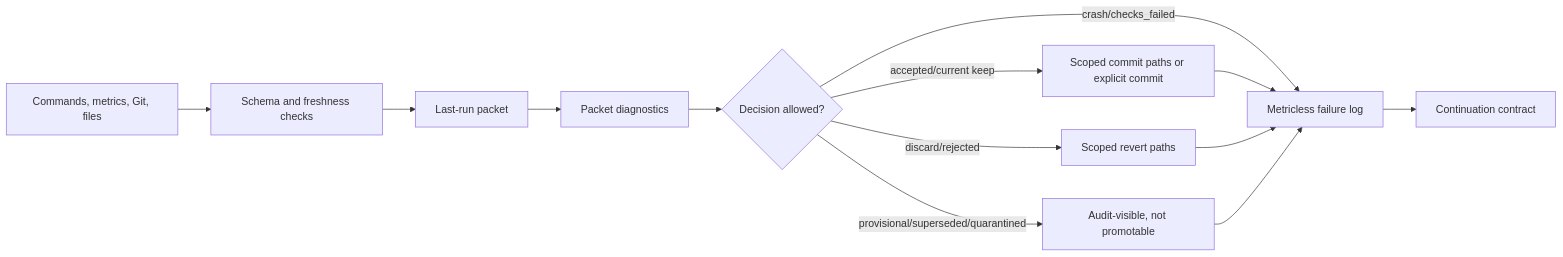
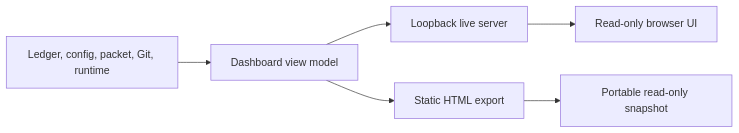
Before and after one commit to TheGreenCedar/codex-autoresearch: the third of 5 diagrams in plugins/codex-autoresearch/docs/architecture.md, drawn with Mermaid. The commit also changed other lines of this file and 98 other files, not shown here.

````diff
--- a/plugins/codex-autoresearch/docs/architecture.md
+++ b/plugins/codex-autoresearch/docs/architecture.md
@@ -50,15 +66,8 @@
 ```mermaid
 flowchart LR
-  Inputs["Commands, metrics, Git, files"] --> Validate["Schema and freshness checks"]
-  Validate --> Packet["Last-run packet"]
-  Packet --> Diagnostics["Packet diagnostics"]
-  Diagnostics --> Decision{"Decision allowed?"}
-  Decision -- "accepted/current keep" --> ScopedGit["Scoped commit paths or explicit commit"]
-  Decision -- "discard/rejected" --> ScopedRevert["Scoped revert paths"]
-  Decision -- "provisional/superseded/quarantined" --> AuditOnly["Audit-visible, not promotable"]
-  Decision -- "crash/checks_failed" --> Ledger["Metricless failure log"]
-  ScopedGit --> Ledger
-  ScopedRevert --> Ledger
-  AuditOnly --> Ledger
-  Ledger --> Continuation["Continuation contract"]
+  Files["Ledger, config, packet, Git, runtime"] --> Model["Dashboard view model"]
+  Model --> Live["Loopback live server"]
+  Model --> Export["Static HTML export"]
+  Live --> Browser["Read-only browser UI"]
+  Export --> Snapshot["Portable read-only snapshot"]
 ```
````
